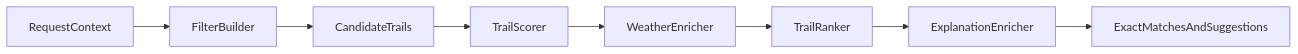
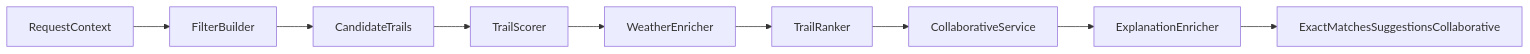
The second of 2 diagrams in docs/architecture.md (MatteoBdl31/Adaptative_System_MatteoFile), drawn with Mermaid before and after one commit. The commit also changed other lines of this file and 28 other files, not shown here.

````diff
--- a/docs/architecture.md
+++ b/docs/architecture.md
@@ -40,10 +42,11 @@
- ```mermaid
- flowchart LR
-     request[RequestContext] --> filters[FilterBuilder]
-     filters --> candidates[CandidateTrails]
-     candidates --> scoring[TrailScorer]
-     scoring --> weather[WeatherEnricher]
-     weather --> ranking[TrailRanker]
-     ranking --> explanations[ExplanationEnricher]
-     explanations --> output[ExactMatchesAndSuggestions]
- ```
+```mermaid
+flowchart LR
+    request[RequestContext] --> filters[FilterBuilder]
+    filters --> candidates[CandidateTrails]
+    candidates --> scoring[TrailScorer]
+    scoring --> weather[WeatherEnricher]
+    weather --> ranking[TrailRanker]
+    ranking --> collaborative[CollaborativeService]
+    collaborative --> explanations[ExplanationEnricher]
+    explanations --> output[ExactMatchesSuggestionsCollaborative]
+```
````
